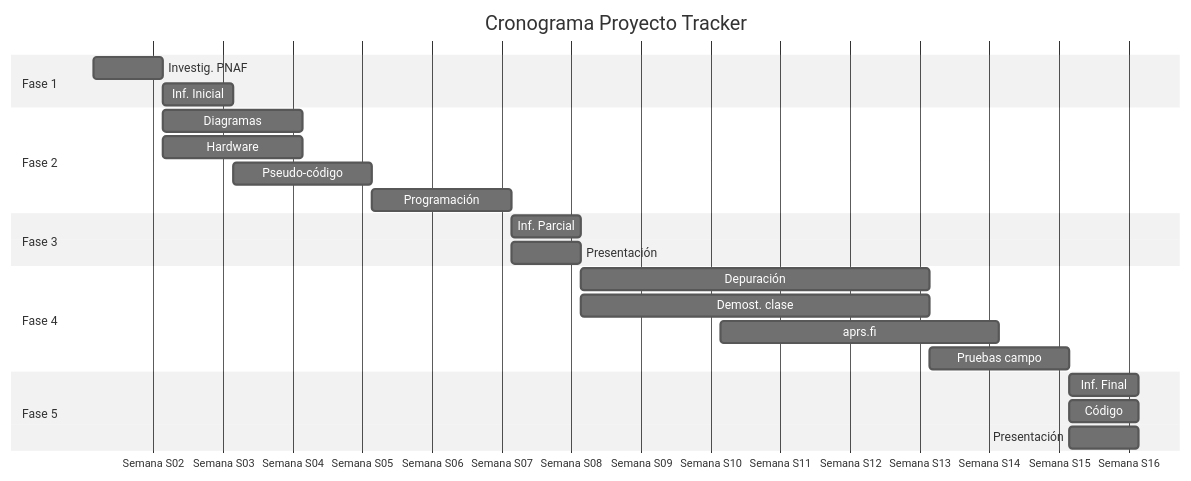
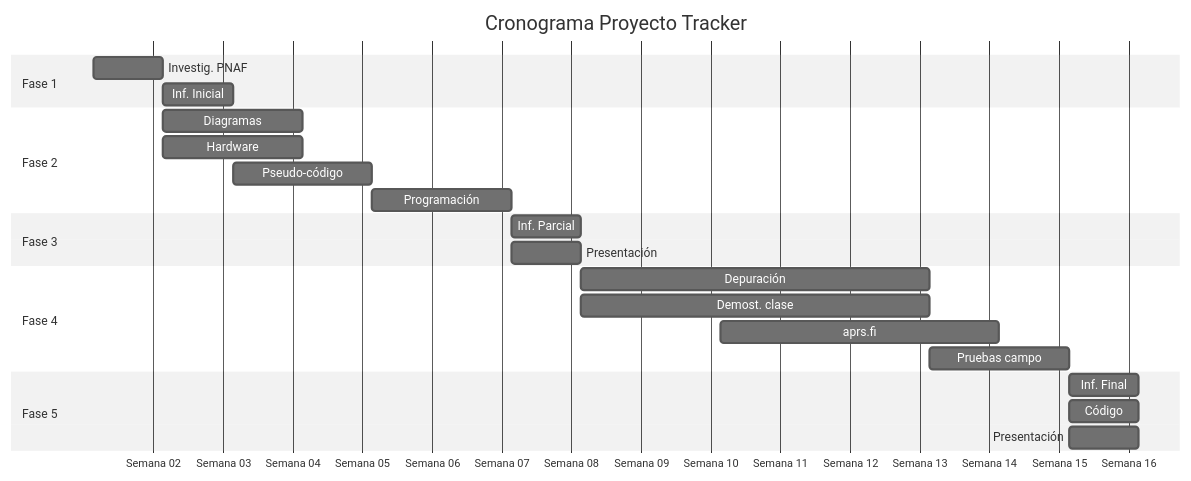
The diagram in docs/investigación/diagrama-gantt.md (SnowRainicorn/Taller-Integrador), drawn with Mermaid (neutral theme) before and after one commit.

````diff
--- a/docs/investigación/diagrama-gantt.md
+++ b/docs/investigación/diagrama-gantt.md
@@ -1,31 +1,31 @@
 ```mermaid
 gantt
     title Cronograma Proyecto Tracker
     dateFormat  YYYY-MM-DD
-    axisFormat  Semana S%W
+    axisFormat  Semana %W
     
     section Fase 1
     Investig. PNAF :2024-01-08, 7d
     Inf. Inicial :2024-01-15, 7d
     
     section Fase 2
     Diagramas :2024-01-15, 14d
     Hardware :2024-01-15, 14d
     Pseudo-código :2024-01-22, 14d
     Programación :2024-02-05, 14d
     
     section Fase 3
     Inf. Parcial :2024-02-19, 7d
     Presentación :2024-02-19, 7d
     
     section Fase 4
     Depuración :2024-02-26, 35d
     Demost. clase :2024-02-26, 35d
     aprs.fi :2024-03-11, 28d
     Pruebas campo :2024-04-01, 14d
     
     section Fase 5
     Inf. Final :2024-04-15, 7d
     Código :2024-04-15, 7d
     Presentación :2024-04-15, 7d
 ```
````
